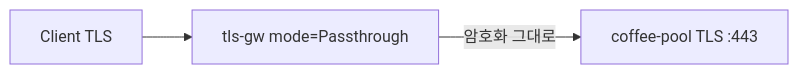
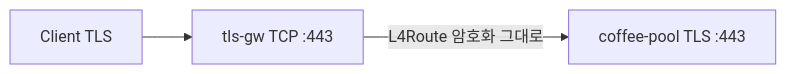
Before and after one commit to mink0119/2609_f5bnk: the diagram in Advanced_Feature/3.4_TLSRoute_Passthrough/README.md, drawn with Mermaid. The commit also changed other lines of this file and 25 other files, not shown here.

````diff
--- a/Advanced_Feature/3.4_TLSRoute_Passthrough/README.md
+++ b/Advanced_Feature/3.4_TLSRoute_Passthrough/README.md
@@ -8,5 +9,5 @@
 ```mermaid
 flowchart LR
-  C[Client TLS] --> GW["tls-gw mode=Passthrough"]
-  GW -->|암호화 그대로| P1["coffee-pool TLS :443"]
+  C[Client TLS] --> GW["tls-gw TCP :443"]
+  GW -->|L4Route 암호화 그대로| P1["coffee-pool TLS :443"]
 ```
````
